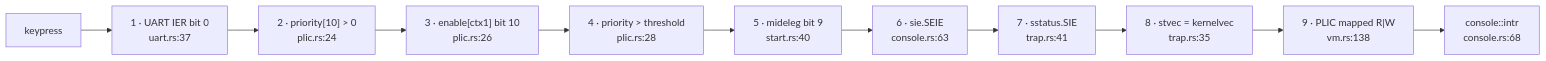
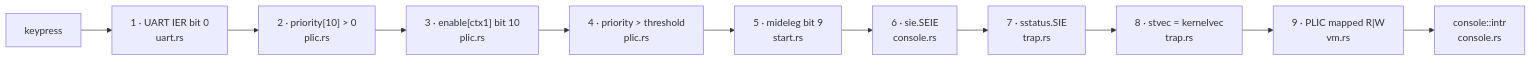
Before and after one commit to USF-CS326-F26/USF-CS326-F26.github.io: the second of 3 diagrams in docs/lectures/11-cs326-2026-11-05-device-interrupts-the-plic-and-the-console.md, drawn with Mermaid. The commit also changed other lines of this file and 66 other files, not shown here.

````diff
--- a/docs/lectures/11-cs326-2026-11-05-device-interrupts-the-plic-and-the-console.md
+++ b/docs/lectures/11-cs326-2026-11-05-device-interrupts-the-plic-and-the-console.md
@@ -253,13 +254,13 @@
 ```mermaid
 flowchart LR
-    K["keypress"] --> G1["1 · UART IER bit 0\nuart.rs:37"]
-    G1 --> G2["2 · priority[10] > 0\nplic.rs:24"]
-    G2 --> G3["3 · enable[ctx1] bit 10\nplic.rs:26"]
-    G3 --> G4["4 · priority > threshold\nplic.rs:28"]
-    G4 --> G5["5 · mideleg bit 9\nstart.rs:40"]
-    G5 --> G6["6 · sie.SEIE\nconsole.rs:63"]
-    G6 --> G7["7 · sstatus.SIE\ntrap.rs:41"]
-    G7 --> G8["8 · stvec = kernelvec\ntrap.rs:35"]
-    G8 --> G9["9 · PLIC mapped R|W\nvm.rs:138"]
-    G9 --> H["console::intr\nconsole.rs:68"]
+    K["keypress"] --> G1["1 · UART IER bit 0\nuart.rs"]
+    G1 --> G2["2 · priority[10] > 0\nplic.rs"]
+    G2 --> G3["3 · enable[ctx1] bit 10\nplic.rs"]
+    G3 --> G4["4 · priority > threshold\nplic.rs"]
+    G4 --> G5["5 · mideleg bit 9\nstart.rs"]
+    G5 --> G6["6 · sie.SEIE\nconsole.rs"]
+    G6 --> G7["7 · sstatus.SIE\ntrap.rs"]
+    G7 --> G8["8 · stvec = kernelvec\ntrap.rs"]
+    G8 --> G9["9 · PLIC mapped R|W\nvm.rs"]
+    G9 --> H["console::intr\nconsole.rs"]
 ```
````
